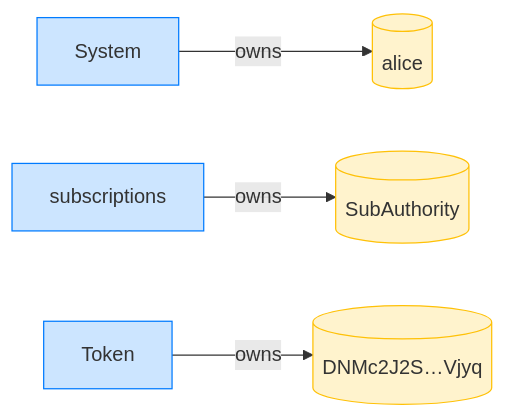
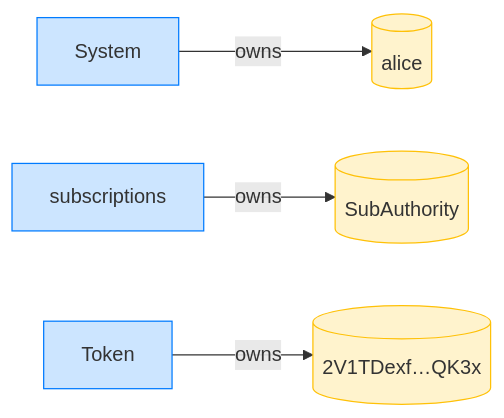
Before and after one commit to cds-rs/subscriptions: the fourth of 4 diagrams in dsl_tests/close--signer-accounts-must-sign.md, drawn with Mermaid. The commit also changed other lines of this file and 224 other files, not shown here.

````diff
--- a/dsl_tests/close--signer-accounts-must-sign.md
+++ b/dsl_tests/close--signer-accounts-must-sign.md
@@ -71,14 +76,14 @@
 ```mermaid
 flowchart LR
     classDef owner fill:#cce5ff,stroke:#007bff;
     classDef account fill:#fff3cd,stroke:#ffc107;
     System[System]:::owner
     alice[(alice)]:::account
     subscriptions[subscriptions]:::owner
     SubAuthority[(SubAuthority)]:::account
     Token[Token]:::owner
-    DNMc2J2S_Vjyq[("DNMc2J2S…Vjyq")]:::account
+    2V1TDexf_QK3x[("2V1TDexf…QK3x")]:::account
     System -->|owns| alice
     subscriptions -->|owns| SubAuthority
-    Token -->|owns| DNMc2J2S_Vjyq
+    Token -->|owns| 2V1TDexf_QK3x
 ```
````
